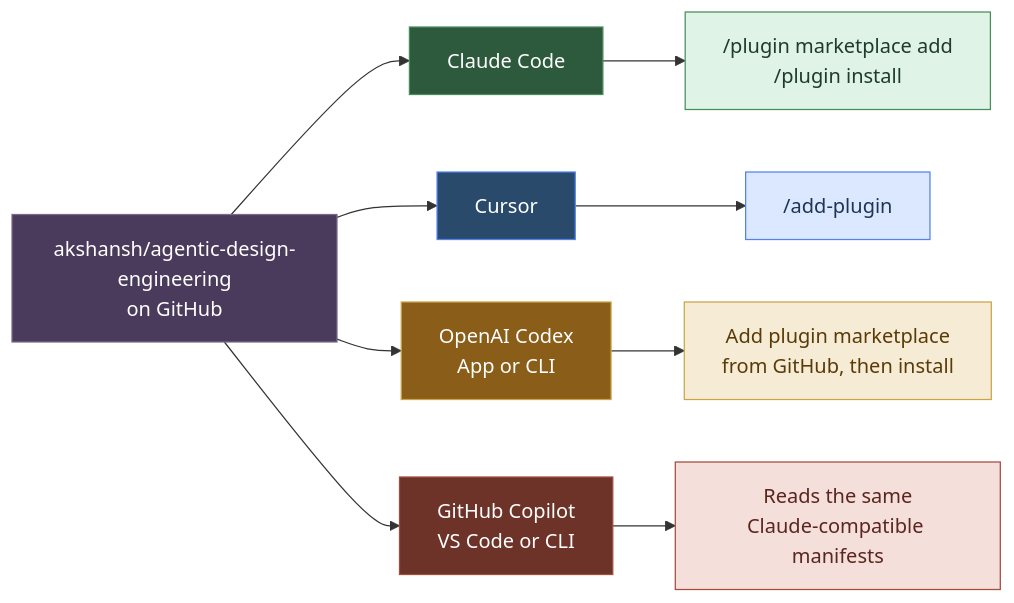
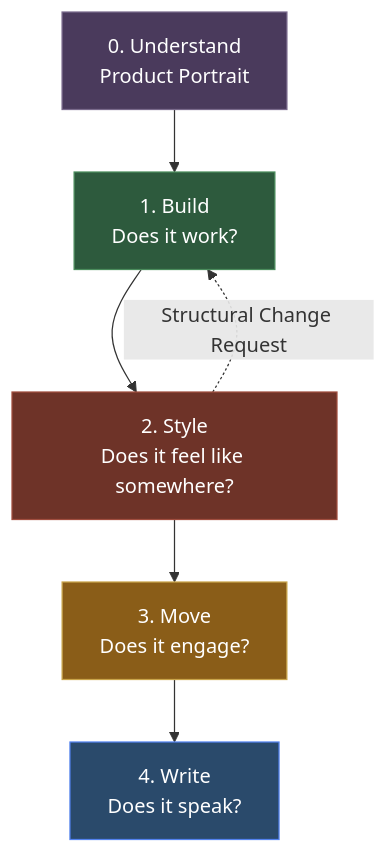
One commit to akshansh/agentic-design-engineering changed the first of 4 diagrams in README.md. Above: the diagram before and after it, drawn with Mermaid. The commit also changed other lines of this file, not shown here.

````diff
--- a/README.md
+++ b/README.md
@@ -27,22 +39,14 @@
 ```mermaid
-flowchart LR
-    Repo["akshansh/agentic-design-engineering<br/>on GitHub"] --> Claude["Claude Code"]
-    Repo --> Cursor["Cursor"]
-    Repo --> Codex["OpenAI Codex<br/>App or CLI"]
-    Repo --> Copilot["GitHub Copilot<br/>VS Code or CLI"]
+graph TD
+    S0["0. Understand<br/>Product Portrait"] --> B["1. Build<br/>Does it work?"]
+    B --> S["2. Style<br/>Does it feel like somewhere?"]
+    S --> M["3. Move<br/>Does it engage?"]
+    M --> W["4. Write<br/>Does it speak?"]
+    S -.->|"Structural Change Request"| B
 
-    Claude --> C1["/plugin marketplace add<br/>/plugin install"]
-    Cursor --> C2["/add-plugin"]
-    Codex --> C3["Add plugin marketplace<br/>from GitHub, then install"]
-    Copilot --> C4["Reads the same<br/>Claude-compatible manifests"]
-
-    style Repo fill:#4a3a5c,stroke:#7a6a8c,color:#fff
-    style Claude fill:#2d5a3d,stroke:#4a8c5c,color:#fff
-    style C1 fill:#dff3e6,stroke:#4a8c5c,color:#1f3b2b
-    style Cursor fill:#2a4a6b,stroke:#5282ef,color:#fff
-    style C2 fill:#dce8ff,stroke:#5282ef,color:#1e3556
-    style Codex fill:#8a5d18,stroke:#c9a44a,color:#fff
-    style C3 fill:#f6ecd5,stroke:#c9a44a,color:#5a3b08
-    style Copilot fill:#6e3328,stroke:#a04d3e,color:#fff
-    style C4 fill:#f4dfdb,stroke:#a04d3e,color:#5a261e
+    style S0 fill:#4a3a5c,stroke:#7a6a8c,color:#fff
+    style B fill:#2d5a3d,stroke:#4a8c5c,color:#fff
+    style S fill:#6e3328,stroke:#a04d3e,color:#fff
+    style M fill:#8a5d18,stroke:#c9a44a,color:#fff
+    style W fill:#2a4a6b,stroke:#5282ef,color:#fff
 ```
````
